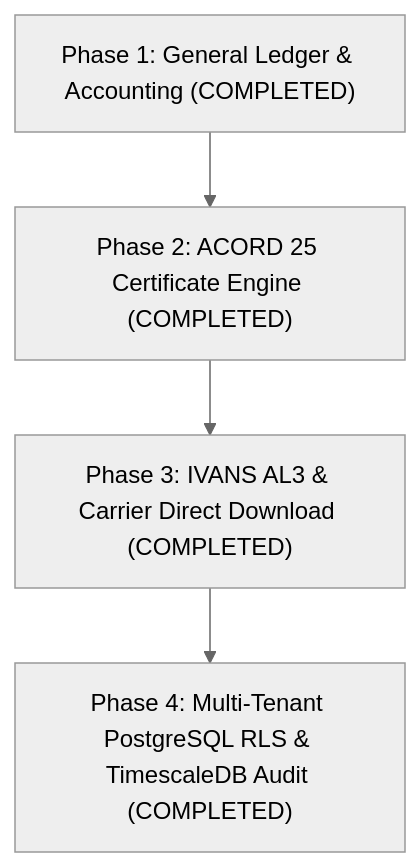
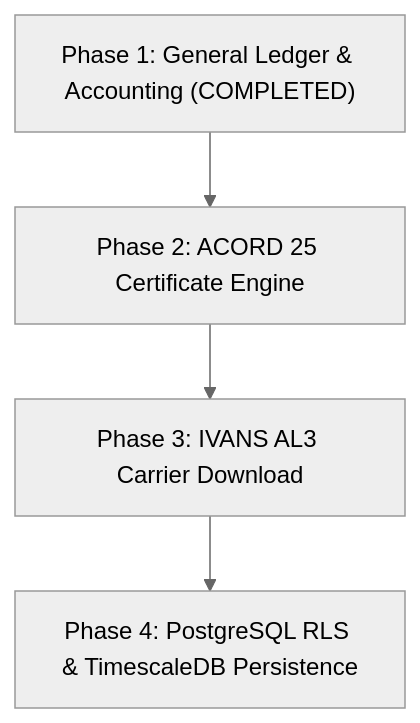
The diagram in ROADMAP.md (bjohnson1279/ams-proto), drawn with Mermaid (neutral theme) before and after one commit. The commit also changed other lines of this file and 48 other files, not shown here.

First line of the commit message:
docs: update roadmap with Enterprise AMS Target alignment

````diff
--- a/ROADMAP.md
+++ b/ROADMAP.md
@@ -9,6 +9,6 @@
 ```mermaid
 graph TD
-    Phase1["Phase 1: General Ledger & Accounting (COMPLETED)"] --> Phase2["Phase 2: ACORD 25 Certificate Engine (COMPLETED)"]
-    Phase2 --> Phase3["Phase 3: IVANS AL3 & Carrier Direct Download (COMPLETED)"]
-    Phase3 --> Phase4["Phase 4: Multi-Tenant PostgreSQL RLS & TimescaleDB Audit (COMPLETED)"]
+    Phase1["Phase 1: General Ledger & Accounting (COMPLETED)"] --> Phase2["Phase 2: ACORD 25 Certificate Engine"]
+    Phase2 --> Phase3["Phase 3: IVANS AL3 Carrier Download"]
+    Phase3 --> Phase4["Phase 4: PostgreSQL RLS & TimescaleDB Persistence"]
 ```
````
